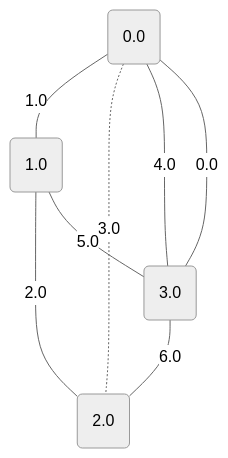
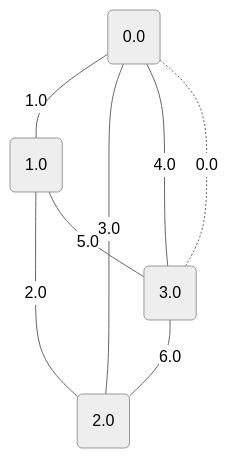
Before and after one commit to metury/graphs: the second of 5 diagrams in project/src/testing/minCut.md, drawn with Mermaid (neutral theme). The commit also changed other lines of this file and 6 other files, not shown here.

````diff
--- a/project/src/testing/minCut.md
+++ b/project/src/testing/minCut.md
@@ -32,14 +32,14 @@
 ```mermaid
 graph TD;
 0("0.0");
 1("1.0");
 2("2.0");
 3("3.0");
-	3 -- "0.0" --- 0;
+	3 -. "0.0" -.- 0;
 	0 -- "1.0" --- 1;
 	1 -- "2.0" --- 2;
-	0 -. "3.0" -.- 2;
+	0 -- "3.0" --- 2;
 	0 -- "4.0" --- 3;
 	1 -- "5.0" --- 3;
 	3 -- "6.0" --- 2;
 ```
````
